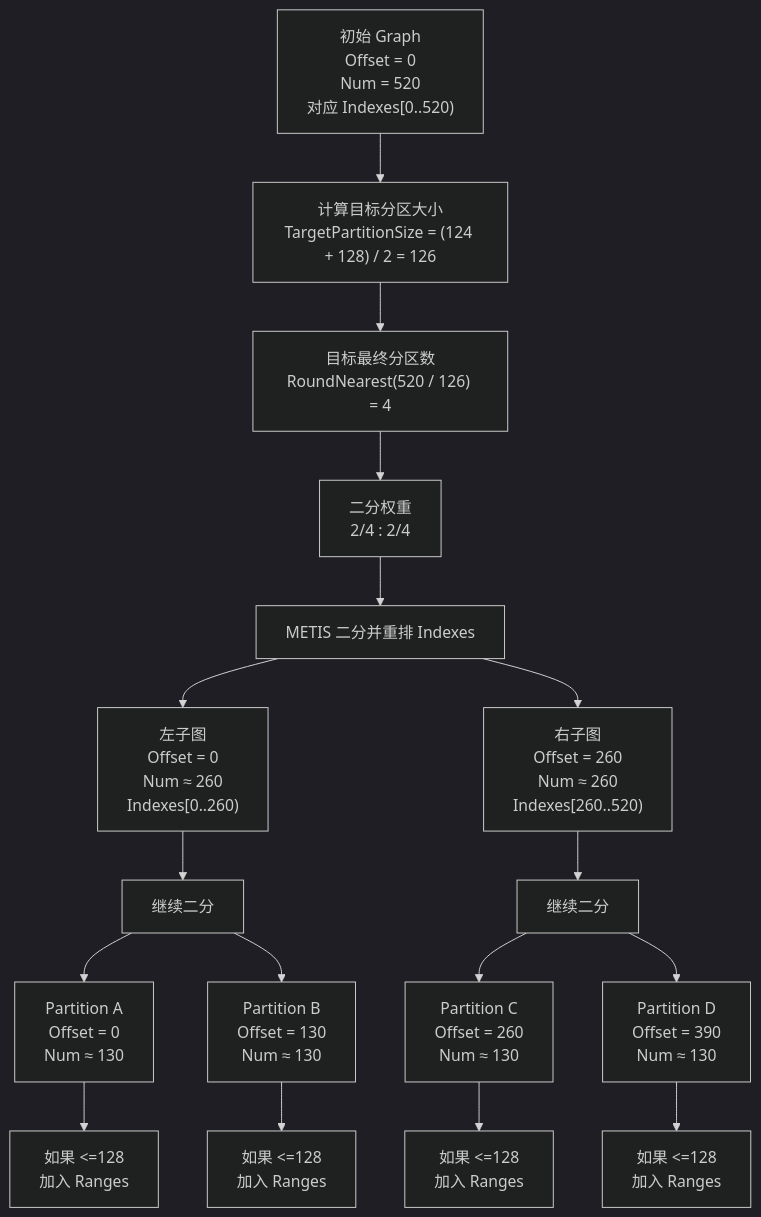
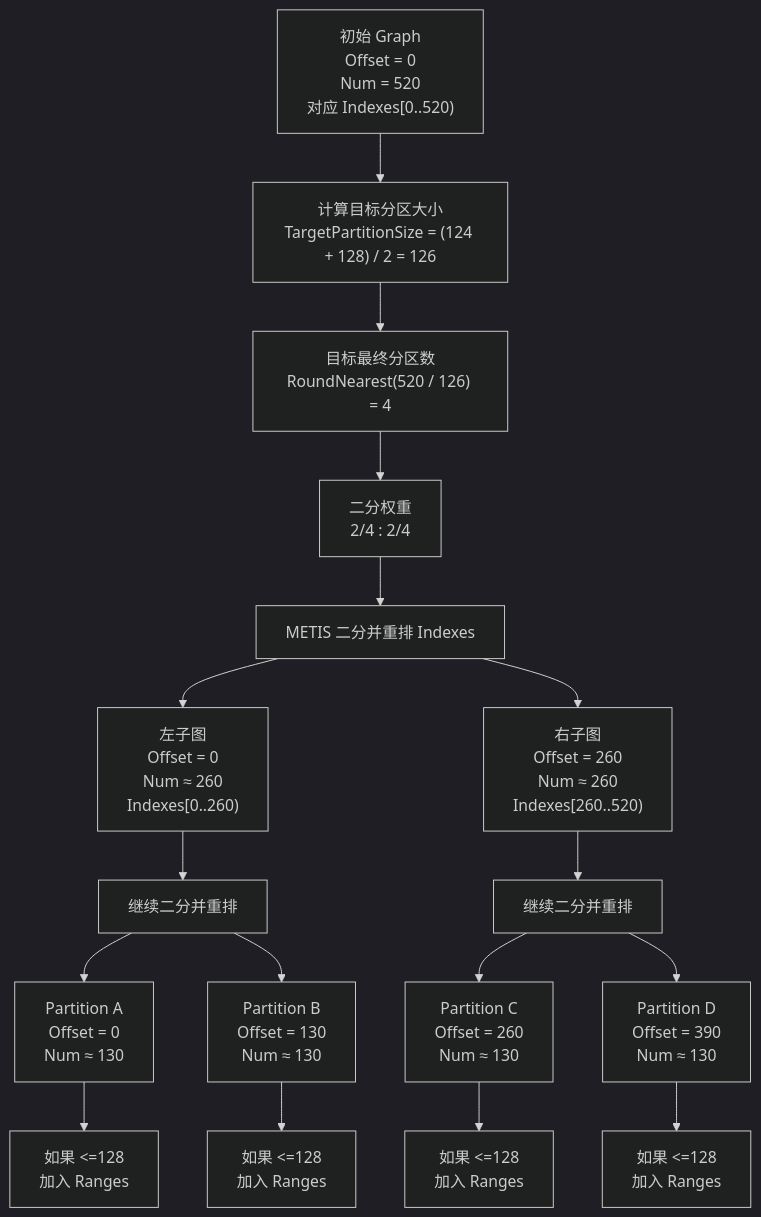
One commit to dipperc/dipperc.github.io changed the diagram in _posts/2026/2026-04-15-Nanite.md. Above: the diagram before and after it, drawn with Mermaid (dark theme). The commit also changed other lines of this file, not shown here.

````diff
--- a/_posts/2026/2026-04-15-Nanite.md
+++ b/_posts/2026/2026-04-15-Nanite.md
@@ -549,26 +551,26 @@
 ```mermaid
 graph TD
     A["初始 Graph<br/>Offset = 0<br/>Num = 520<br/>对应 Indexes[0..520)"]
 
     A --> B["计算目标分区大小<br/>TargetPartitionSize = (124 + 128) / 2 = 126"]
     B --> C["目标最终分区数<br/>RoundNearest(520 / 126) = 4"]
     C --> D["二分权重<br/>2/4 : 2/4"]
     D --> E["METIS 二分并重排 Indexes"]
 
     E --> F["左子图<br/>Offset = 0<br/>Num ≈ 260<br/>Indexes[0..260)"]
     E --> G["右子图<br/>Offset = 260<br/>Num ≈ 260<br/>Indexes[260..520)"]
 
-    F --> H["继续二分"]
-    G --> I["继续二分"]
+    F --> H["继续二分并重排"]
+    G --> I["继续二分并重排"]
 
     H --> J["Partition A<br/>Offset = 0<br/>Num ≈ 130"]
     H --> K["Partition B<br/>Offset = 130<br/>Num ≈ 130"]
 
     I --> L["Partition C<br/>Offset = 260<br/>Num ≈ 130"]
     I --> M["Partition D<br/>Offset = 390<br/>Num ≈ 130"]
 
     J --> N["如果 <=128<br/>加入 Ranges"]
     K --> O["如果 <=128<br/>加入 Ranges"]
     L --> P["如果 <=128<br/>加入 Ranges"]
     M --> Q["如果 <=128<br/>加入 Ranges"]
 ```
````
